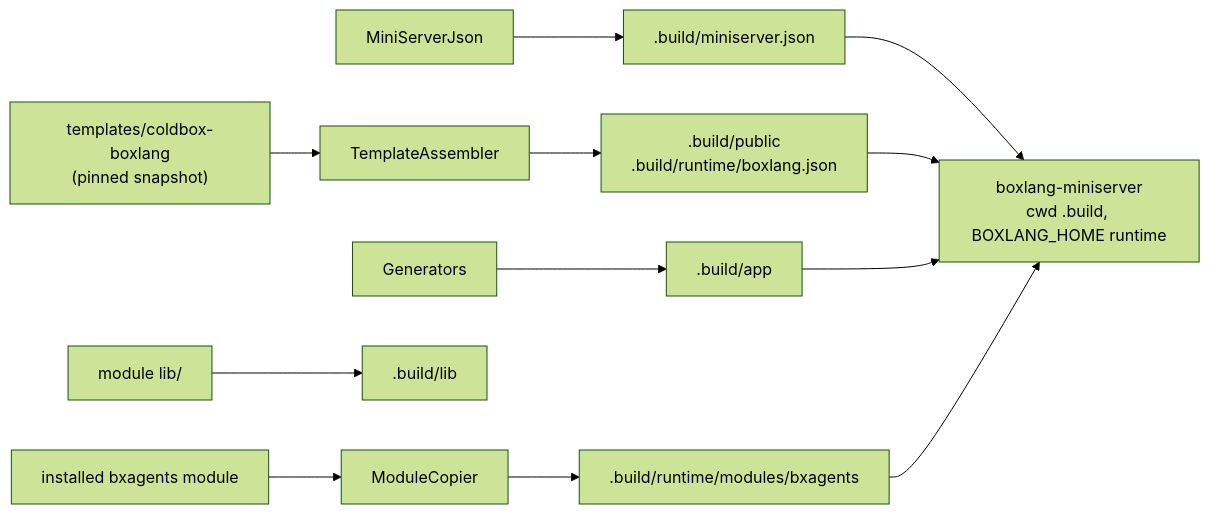
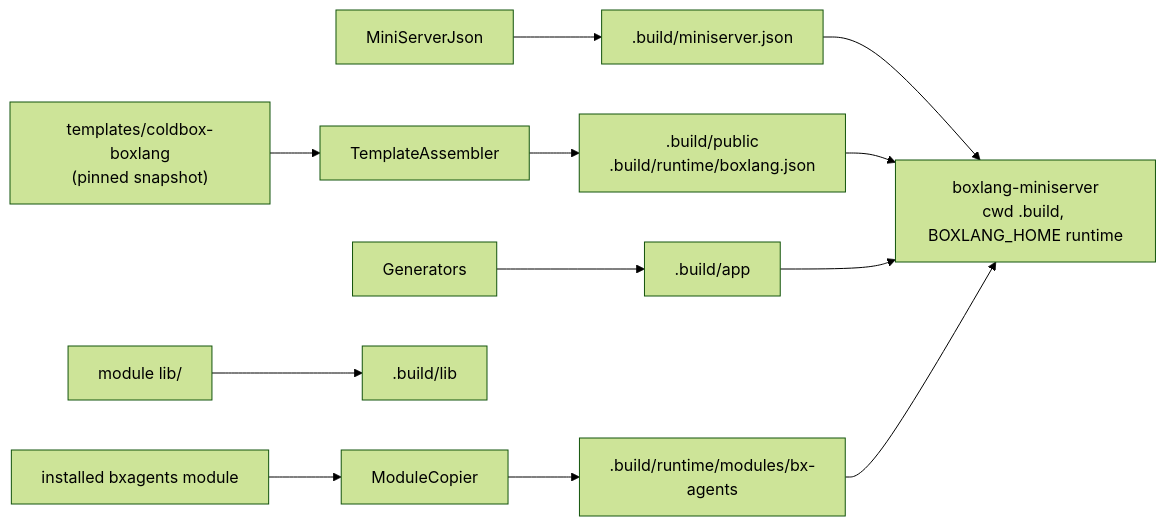
One commit to ortus-boxlang/bx-agents changed the diagram in plans/app-public-layout.md. Above: the diagram before and after it, drawn with Mermaid (forest theme). The commit also changed other lines of this file and 31 other files, not shown here.

Commit message:
making sure local build is bx-agents

````diff
--- a/plans/app-public-layout.md
+++ b/plans/app-public-layout.md
@@ -5,14 +5,14 @@
 ```mermaid
 flowchart LR
   T["templates/coldbox-boxlang<br/>(pinned snapshot)"] --> A[TemplateAssembler]
   G[Generators] --> APP[".build/app"]
   A --> PUB[".build/public<br/>.build/runtime/boxlang.json"]
   M["installed bxagents module"] --> C[ModuleCopier]
-  C --> RM[".build/runtime/modules/bxagents"]
+  C --> RM[".build/runtime/modules/bx-agents"]
   L["module lib/"] --> LIB[".build/lib"]
   S[MiniServerJson] --> J[".build/miniserver.json"]
   J --> SRV["boxlang-miniserver<br/>cwd .build, BOXLANG_HOME runtime"]
   PUB --> SRV
   APP --> SRV
   RM --> SRV
 ```
````
